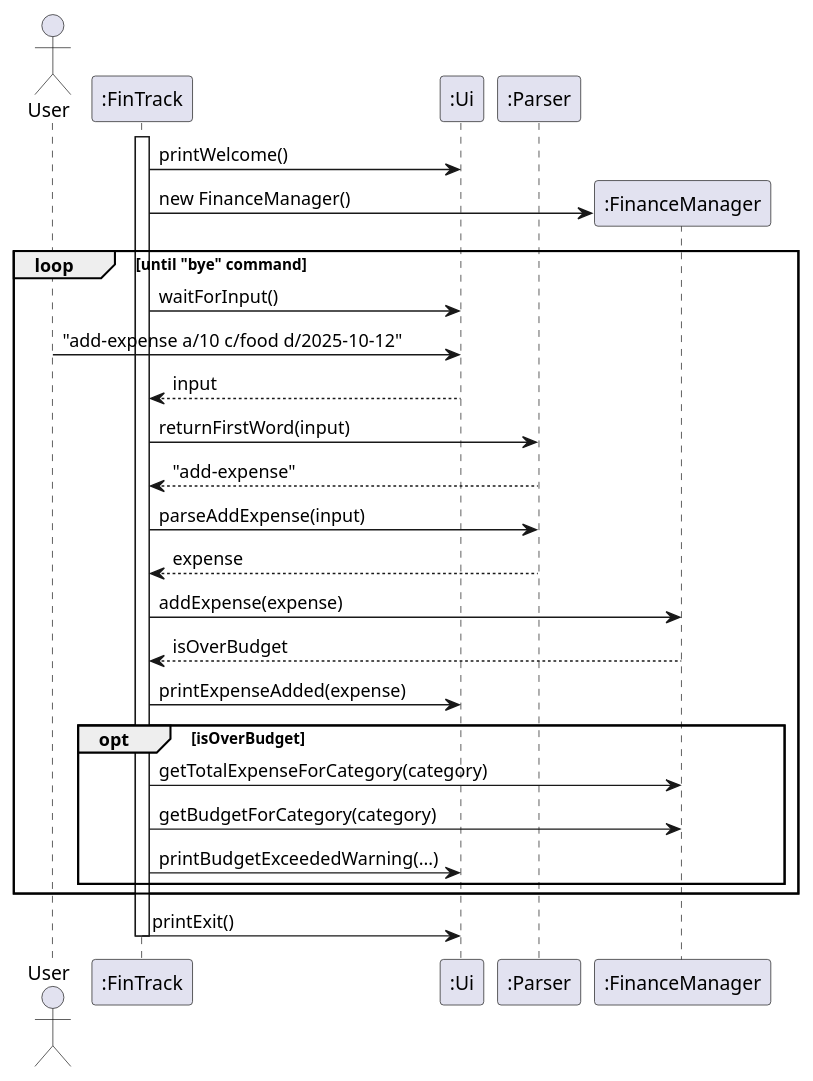
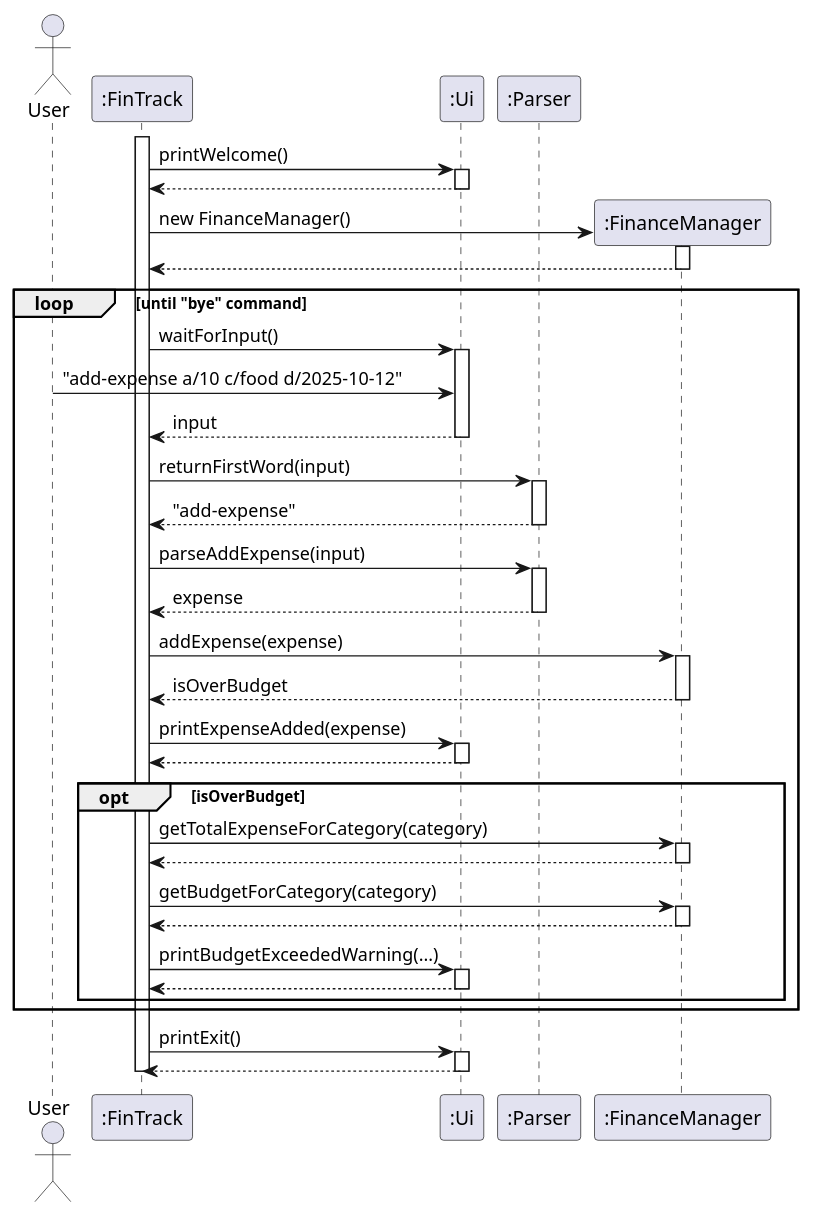
The diagram in docs/diagrams/add_expense.puml (AY2526S1-CS2113-W12-4/tp), drawn with PlantUML before and after one commit. The commit also changed 5 other files, not shown here.

Commit message:
Update diagrams for FinTrack and Parser to be more consistent in terms of activation bars within diagrams

```diff
--- a/docs/diagrams/add_expense.puml
+++ b/docs/diagrams/add_expense.puml
@@ -1,40 +1,71 @@
 @startuml
 actor User
 participant ":FinTrack" as FT
 participant ":Ui" as UI
 participant ":Parser" as P
 participant ":FinanceManager" as FM
 
 activate FT
 FT -> UI: printWelcome()
+activate UI
+UI --> FT
+deactivate UI
 
 create FM
 FT -> FM: new FinanceManager()
+activate FM
+FM --> FT
+deactivate FM
 
 loop until "bye" command
     FT -> UI: waitForInput()
+    activate UI
     User -> UI: "add-expense a/10 c/food d/2025-10-12"
     UI --> FT: input
+    deactivate UI
 
     FT -> P: returnFirstWord(input)
+    activate P
     P --> FT: "add-expense"
+    deactivate P
 
     FT -> P: parseAddExpense(input)
+    activate P
     P --> FT: expense
+    deactivate P
 
     FT -> FM: addExpense(expense)
+    activate FM
     FM --> FT: isOverBudget
+    deactivate FM
 
     FT -> UI: printExpenseAdded(expense)
+    activate UI
+    UI --> FT
+    deactivate UI
 
     opt isOverBudget
         FT -> FM: getTotalExpenseForCategory(category)
+        activate FM
+        FM --> FT
+        deactivate FM
+
         FT -> FM: getBudgetForCategory(category)
+        activate FM
+        FM --> FT
+        deactivate FM
+
         FT -> UI: printBudgetExceededWarning(...)
+        activate UI
+        UI --> FT
+        deactivate UI
     end
 end
 
 FT -> UI: printExit()
+activate UI
+UI --> FT
+deactivate UI
 
 deactivate FT
 @enduml
```
